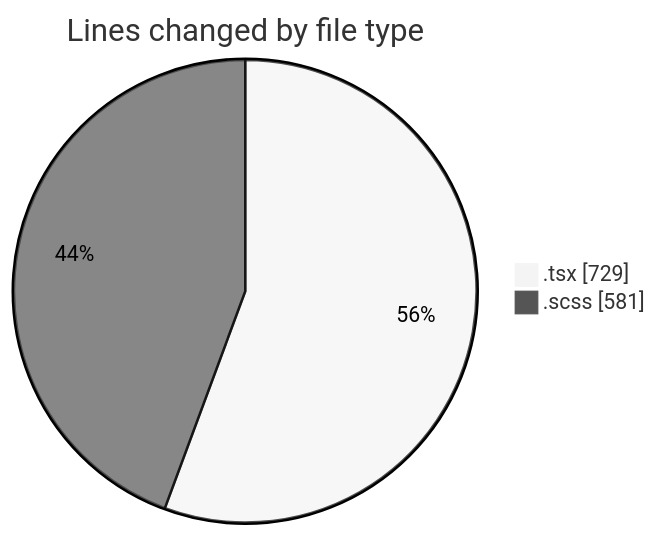
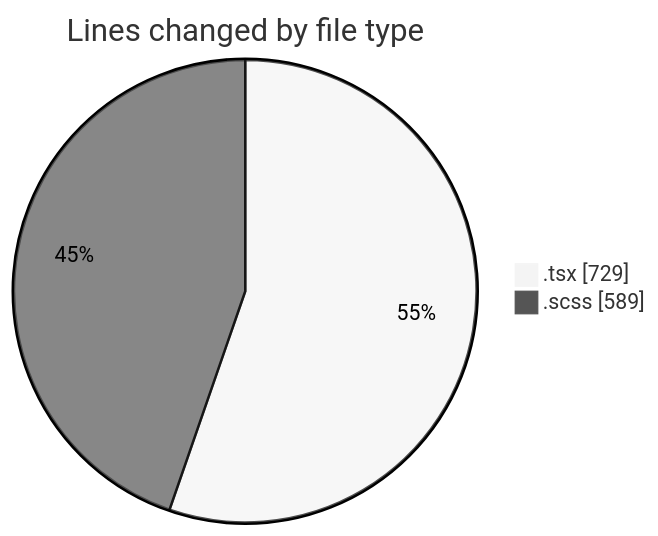
Before and after one commit to momahboobian/code-tracking: the first of 2 diagrams in 2025-10-06/cda/README.md, drawn with Mermaid (neutral theme). The commit also changed other lines of this file and 1 other file, not shown here.

````diff
--- a/2025-10-06/cda/README.md
+++ b/2025-10-06/cda/README.md
@@ -24,6 +24,6 @@
 ```mermaid
 pie showData
 title Lines changed by file type
 ".tsx" : 729
-".scss" : 581
+".scss" : 589
 ```
````
